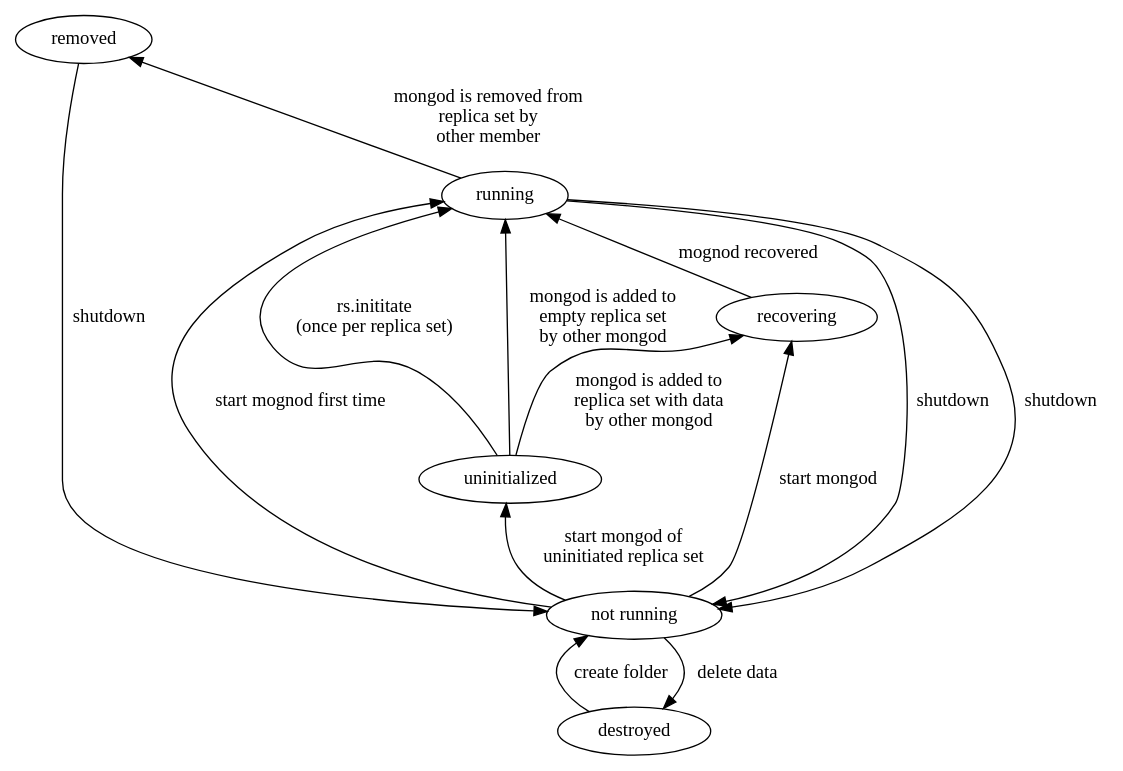
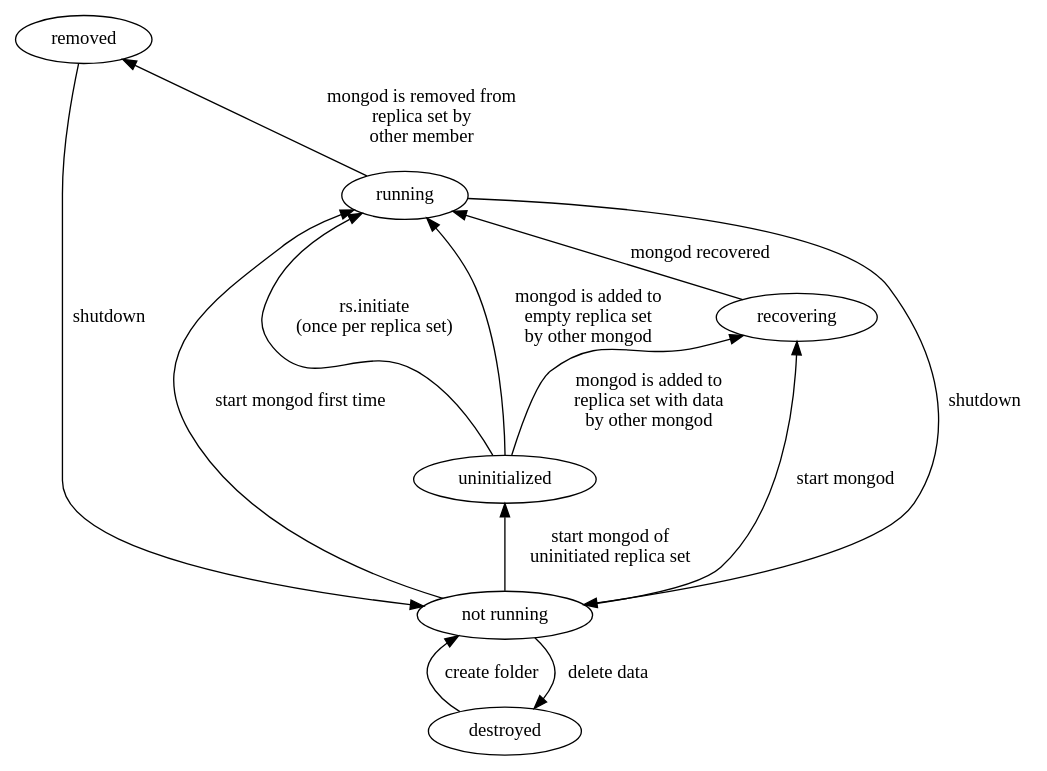
The diagram in final_presentation/assets/mongod_states.dot (KIT-MAMID/doc), drawn with Graphviz before and after one commit. The commit also changed 1 other file, not shown here.

Commit message:
FIX: Typos in mongod state graphs

```diff
--- a/final_presentation/assets/mongod_states.dot
+++ b/final_presentation/assets/mongod_states.dot
@@ -1,34 +1,33 @@
 digraph mongod_states
 {
 
     rankdir=BT;
 
     d [label="destroyed", rank=min];
     nr [label="not running"];
     unin [label="uninitialized"];
     rem [label="removed"];
     rec [label="recovering"];
     run [label="running", rank=max];
 
 
     d -> nr [label="create folder"];
     nr -> rec [label="start mongod"];
-    rec -> run [label="mognod recovered"];
-    nr -> run [label="start mognod first time"];
+    rec -> run [label="mongod recovered"];
+    nr -> run [label="start mongod first time"];
     run -> nr [label="shutdown"];
     nr -> d [label="delete data"];
 
     nr -> unin [label="start mongod of\nuninitiated replica set"];
     unin-> rec [label="mongod is added to\nreplica set with data\nby other mongod"];
-    unin -> run [label="rs.inititate\n(once per replica set)"];
+    unin -> run [label="rs.initiate\n(once per replica set)"];
     unin -> run [label="mongod is added to\nempty replica set \nby other mongod"];
     run -> rem [label="mongod is removed from\nreplica set by\nother member"];
     rem -> nr [label="shutdown"];
-    run -> nr [label="shutdown"];
 /*
     run -> d [label="kill force"];
     unin -> d [label="kill force"];
     rec -> d [label="kill force"];
     rem -> d [label="kill force"];
 */
 }
```
